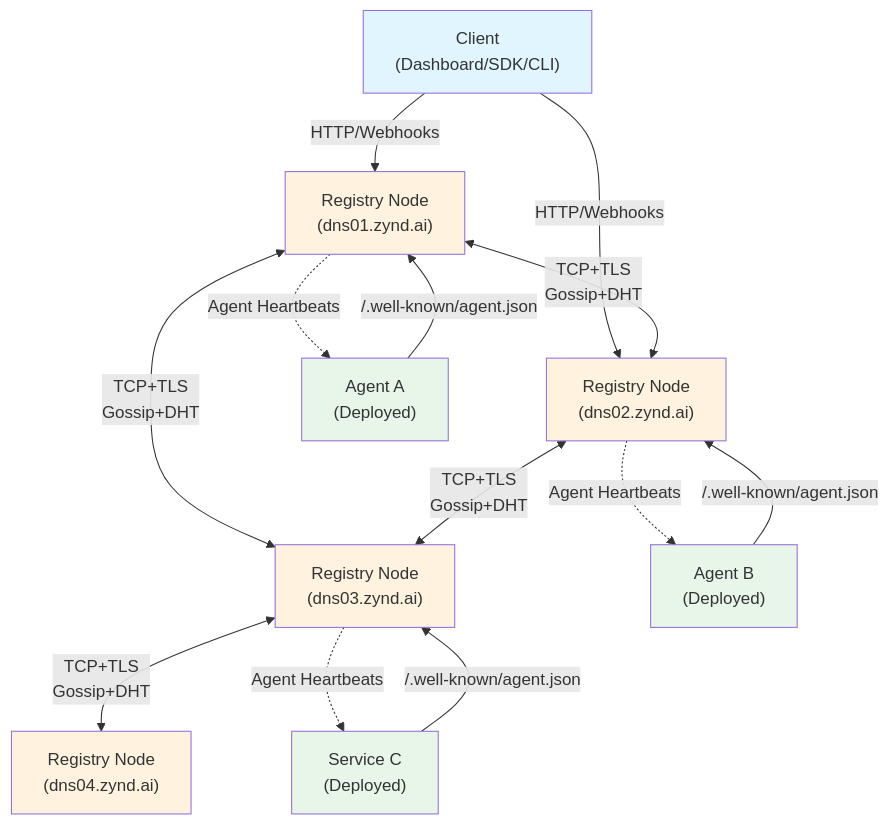
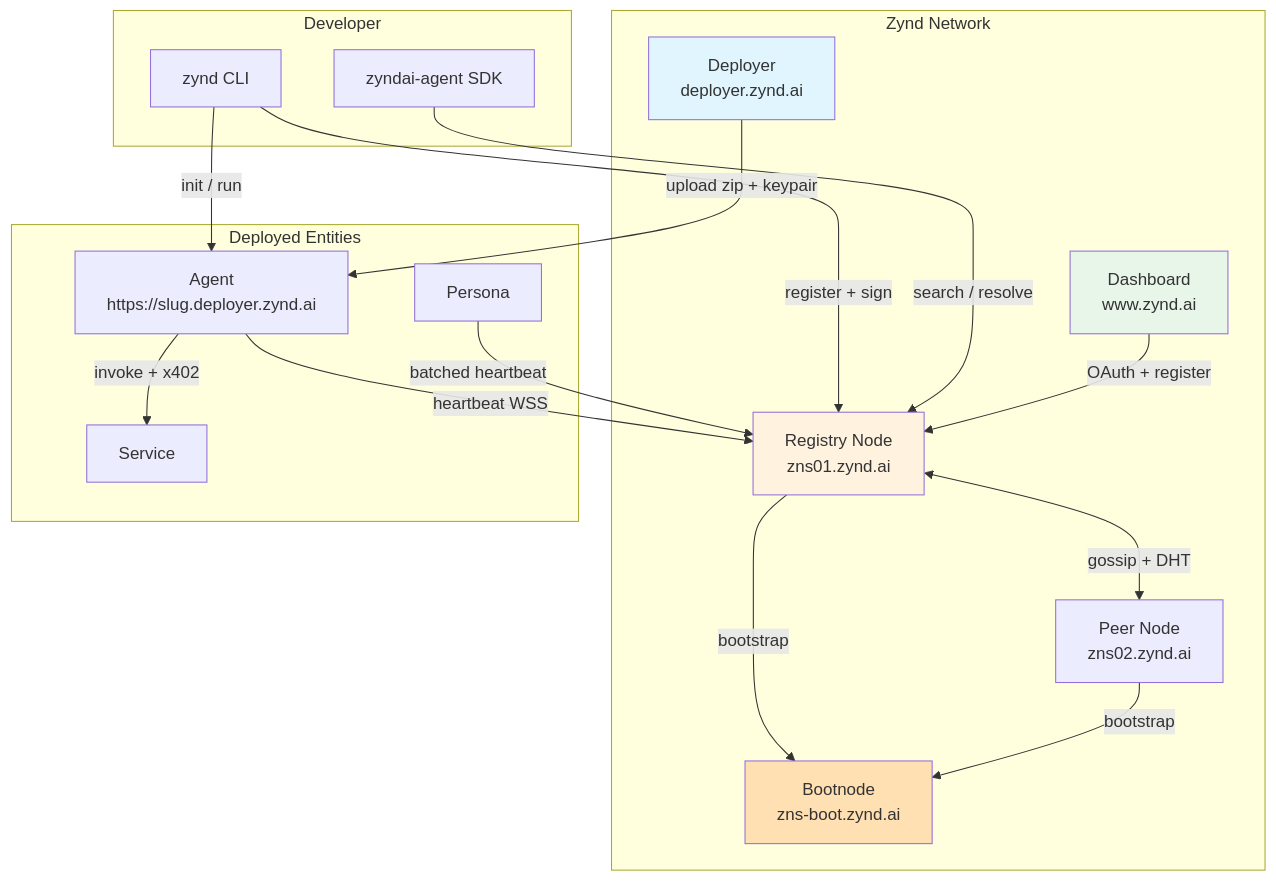
One commit to zyndai/docs changed the first of 3 diagrams in guide/architecture.md. Above: the diagram before and after it, drawn with Mermaid. The commit also changed other lines of this file and 38 other files, not shown here.

First line of the commit message:
Add deployer + persona docs, refresh architecture for zns01/zns-boot

````diff
--- a/guide/architecture.md
+++ b/guide/architecture.md
@@ -93,29 +40,38 @@
 ```mermaid
 graph TB
-    Client["Client<br/>(Dashboard/SDK/CLI)"]
+    subgraph "Developer"
+        CLI[zynd CLI]
+        SDK[zyndai-agent SDK]
+    end
 
-    Client -->|HTTP/Webhooks| DN1["Registry Node<br/>(dns01.zynd.ai)"]
-    Client -->|HTTP/Webhooks| DN2["Registry Node<br/>(dns02.zynd.ai)"]
+    subgraph "Zynd Network"
+        Dashboard["Dashboard<br/>www.zynd.ai"]
+        Deployer["Deployer<br/>deployer.zynd.ai"]
+        Boot["Bootnode<br/>zns-boot.zynd.ai"]
+        Reg1["Registry Node<br/>zns01.zynd.ai"]
+        Reg2["Peer Node<br/>zns02.zynd.ai"]
+    end
 
-    DN1 <-->|TCP+TLS<br/>Gossip+DHT| DN2
-    DN1 <-->|TCP+TLS<br/>Gossip+DHT| DN3["Registry Node<br/>(dns03.zynd.ai)"]
-    DN2 <-->|TCP+TLS<br/>Gossip+DHT| DN3
-    DN3 <-->|TCP+TLS<br/>Gossip+DHT| DN4["Registry Node<br/>(dns04.zynd.ai)"]
+    subgraph "Deployed Entities"
+        Agent["Agent<br/>https://slug.deployer.zynd.ai"]
+        Service["Service"]
+        Persona["Persona"]
+    end
 
-    DN1 -.->|Agent Heartbeats| AG1["Agent A<br/>(Deployed)"]
-    DN2 -.->|Agent Heartbeats| AG2["Agent B<br/>(Deployed)"]
-    DN3 -.->|Agent Heartbeats| AG3["Service C<br/>(Deployed)"]
+    CLI -->|init / run| Agent
+    CLI -->|register + sign| Reg1
+    SDK -->|search / resolve| Reg1
+    Dashboard -->|OAuth + register| Reg1
+    Deployer -->|upload zip + keypair| Agent
+    Agent -->|heartbeat WSS| Reg1
+    Reg1 <-->|gossip + DHT| Reg2
+    Reg1 -->|bootstrap| Boot
+    Reg2 -->|bootstrap| Boot
+    Persona -->|batched heartbeat| Reg1
+    Agent -->|invoke + x402| Service
 
-    AG1 -->|/.well-known/agent.json| DN1
-    AG2 -->|/.well-known/agent.json| DN2
-    AG3 -->|/.well-known/agent.json| DN3
-
-    style Client fill:#e1f5ff
-    style DN1 fill:#fff3e0
-    style DN2 fill:#fff3e0
-    style DN3 fill:#fff3e0
-    style DN4 fill:#fff3e0
-    style AG1 fill:#e8f5e9
-    style AG2 fill:#e8f5e9
-    style AG3 fill:#e8f5e9
+    style Reg1 fill:#fff3e0
+    style Boot fill:#ffe0b2
+    style Deployer fill:#e1f5ff
+    style Dashboard fill:#e8f5e9
 ```
````
